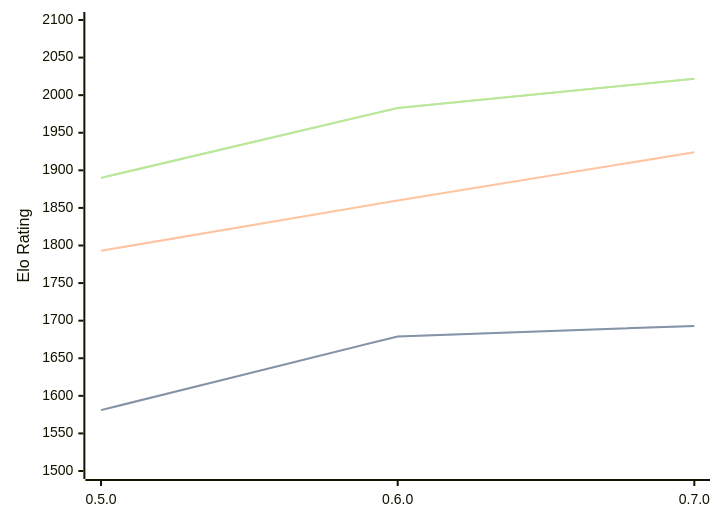
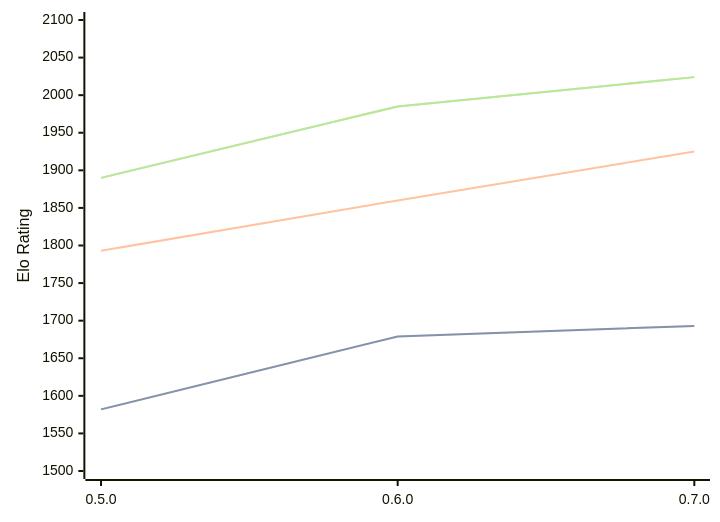
The diagram in engines/Chess-rs.md (computer-chess-index/cci), drawn with Mermaid before and after one commit. The commit also changed other lines of this file, not shown here.

Commit message:
Update CCI Ratings (ELO VLTC) - 2026-09-07

````diff
--- a/engines/Chess-rs.md
+++ b/engines/Chess-rs.md
@@ -33,11 +33,11 @@
 ```mermaid
 %%{init: {"theme":"base","themeVariables":{"seriesColors:['#a3a3a3','#222221','#faa371']}}}%%
 xychart-beta
   x-axis ["0.5.0", "0.6.0", "0.7.0"]
   y-axis "Elo Rating" 1500 --> 2100
-  line "" [1581, 1679, 1693]
-  line "STC (8.0+0.08s)" [1581, 1679, 1693]
-  line "LTC (60.0+0.60s)" [1793, 1860, 1924]
-  line "" [1890, 1983, 2022]
-  line "VLTC (2m24s+1.12s)" [1890, 1983, 2022]
+  line "" [1582, 1679, 1693]
+  line "STC (8.0+0.08s)" [1582, 1679, 1693]
+  line "LTC (60.0+0.60s)" [1793, 1860, 1925]
+  line "" [1890, 1985, 2024]
+  line "VLTC (2m24s+1.12s)" [1890, 1985, 2024]
 ```
````
